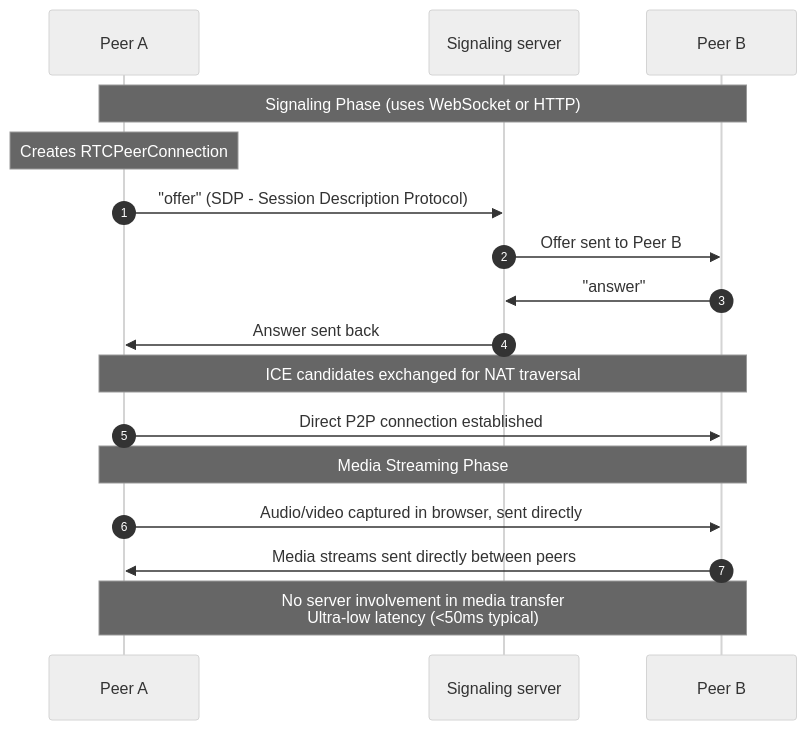
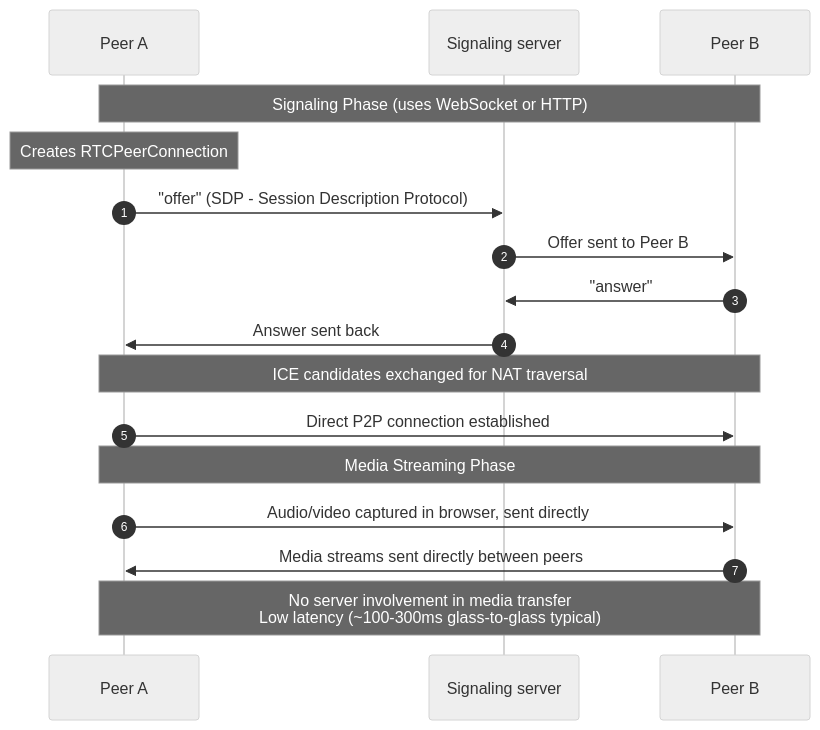
Before and after one commit to himanshkukreja/himanshu-kukreja-portfolio: the fifth of 10 diagrams in content/stories/websockets-vs-webrtc-video-communication.md, drawn with Mermaid (neutral theme). The commit also changed other lines of this file and 14 other files, not shown here.

````diff
--- a/content/stories/websockets-vs-webrtc-video-communication.md
+++ b/content/stories/websockets-vs-webrtc-video-communication.md
@@ -123,20 +123,20 @@
 ```mermaid
 %% title: WebRTC connection establishment
 sequenceDiagram
     autonumber
     participant A as Peer A
     participant S as Signaling server
     participant B as Peer B
     Note over A,B: Signaling Phase (uses WebSocket or HTTP)
     Note over A: Creates RTCPeerConnection
     A->>S: "offer" (SDP - Session Description Protocol)
     S->>B: Offer sent to Peer B
     B->>S: "answer"
     S->>A: Answer sent back
     Note over A,B: ICE candidates exchanged for NAT traversal
     A->>B: Direct P2P connection established
     Note over A,B: Media Streaming Phase
     A->>B: Audio/video captured in browser, sent directly
     B->>A: Media streams sent directly between peers
-    Note over A,B: No server involvement in media transfer<br/>Ultra-low latency (#lt;50ms typical)
+    Note over A,B: No server involvement in media transfer<br/>Low latency (~100-300ms glass-to-glass typical)
 ```
````
